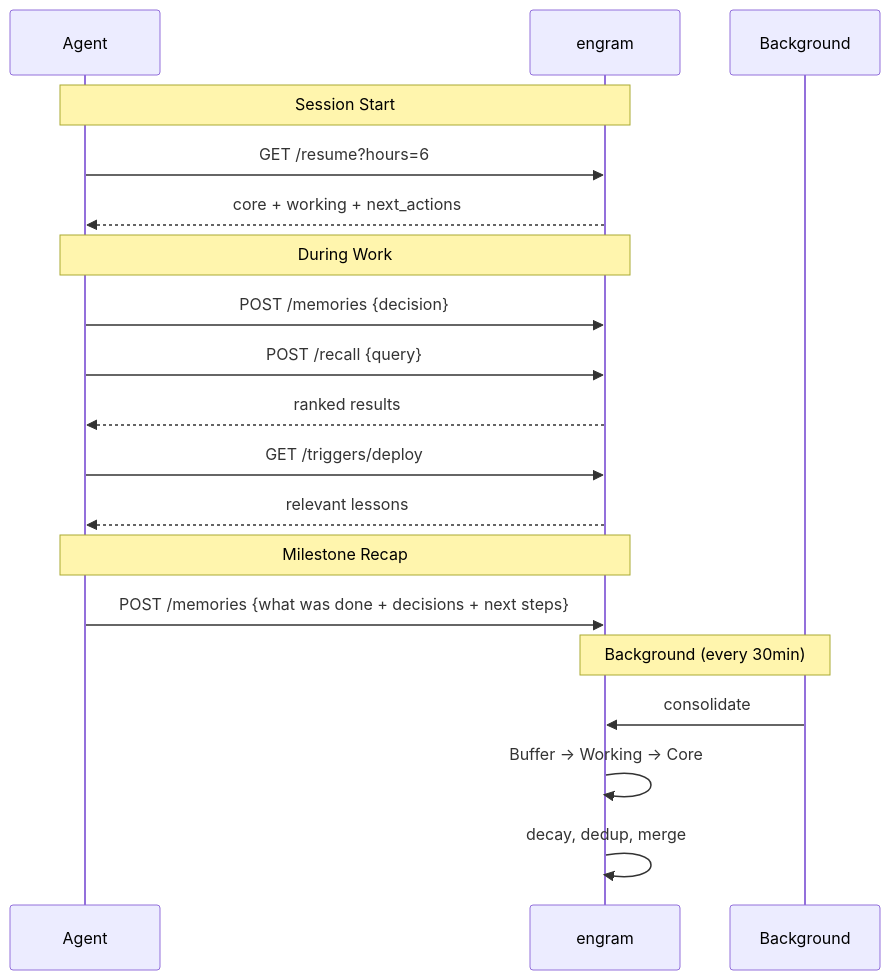
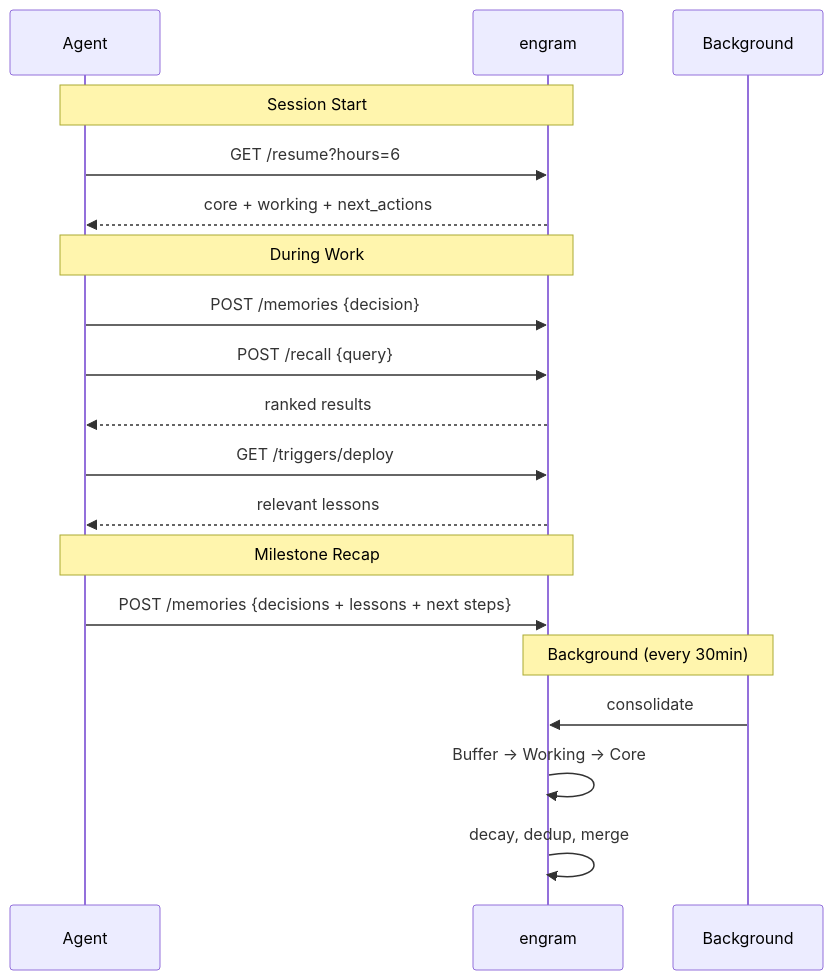
Before and after one commit to kael-bit/engram-rs: the diagram in README.md, drawn with Mermaid. The commit also changed 1 other file, not shown here.

Commit message:
docs: milestone recaps store decisions+lessons, not operational logs
'What was done' leads to journaling (deployed X, ran Y). Recaps
should only capture why decisions were made and what's next.

````diff
--- a/README.md
+++ b/README.md
@@ -22,25 +22,25 @@
 ```mermaid
 sequenceDiagram
     participant A as Agent
     participant E as engram
     participant LLM as Background
 
     Note over A,E: Session Start
     A->>E: GET /resume?hours=6
     E-->>A: core + working + next_actions
 
     Note over A,E: During Work
     A->>E: POST /memories {decision}
     A->>E: POST /recall {query}
     E-->>A: ranked results
     A->>E: GET /triggers/deploy
     E-->>A: relevant lessons
 
     Note over A,E: Milestone Recap
-    A->>E: POST /memories {what was done + decisions + next steps}
+    A->>E: POST /memories {decisions + lessons + next steps}
 
     Note over E,LLM: Background (every 30min)
     LLM->>E: consolidate
     E->>E: Buffer → Working → Core
     E->>E: decay, dedup, merge
 ```
````
